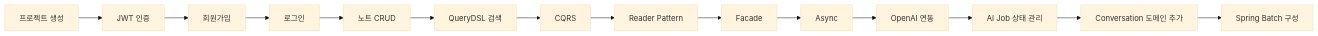
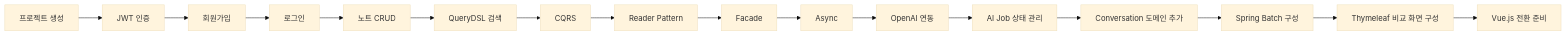
The first of 5 diagrams in docs/FELDBUCH_DEVELOPMENT_DOCUMENTATION.md (keunoh/feldbuch), drawn with Mermaid (base theme) before and after one commit. The commit also changed other lines of this file and 2 other files, not shown here.

First line of the commit message:
docs: Vue 전환 계획과 프론트 통신 방식 문서화

````diff
--- a/docs/FELDBUCH_DEVELOPMENT_DOCUMENTATION.md
+++ b/docs/FELDBUCH_DEVELOPMENT_DOCUMENTATION.md
@@ -105,17 +121,19 @@
 ```mermaid
 flowchart LR
     A[프로젝트 생성]
     --> B[JWT 인증]
     --> C[회원가입]
     --> D[로그인]
     --> E[노트 CRUD]
     --> F[QueryDSL 검색]
     --> G[CQRS]
     --> H[Reader Pattern]
     --> I[Facade]
     --> J[Async]
     --> K[OpenAI 연동]
     --> L[AI Job 상태 관리]
     --> M[Conversation 도메인 추가]
     --> N[Spring Batch 구성]
+    --> O[Thymeleaf 비교 화면 구성]
+    --> P[Vue.js 전환 준비]
 ```
````
